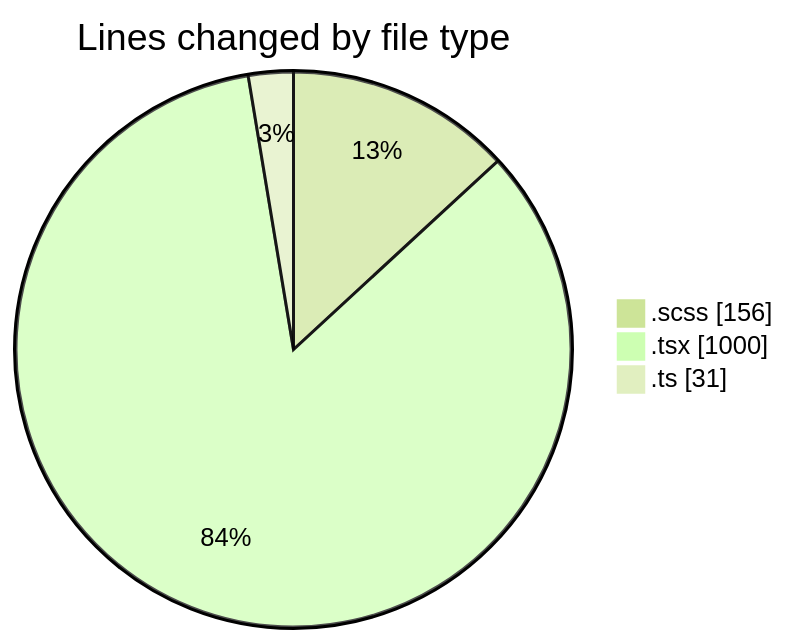
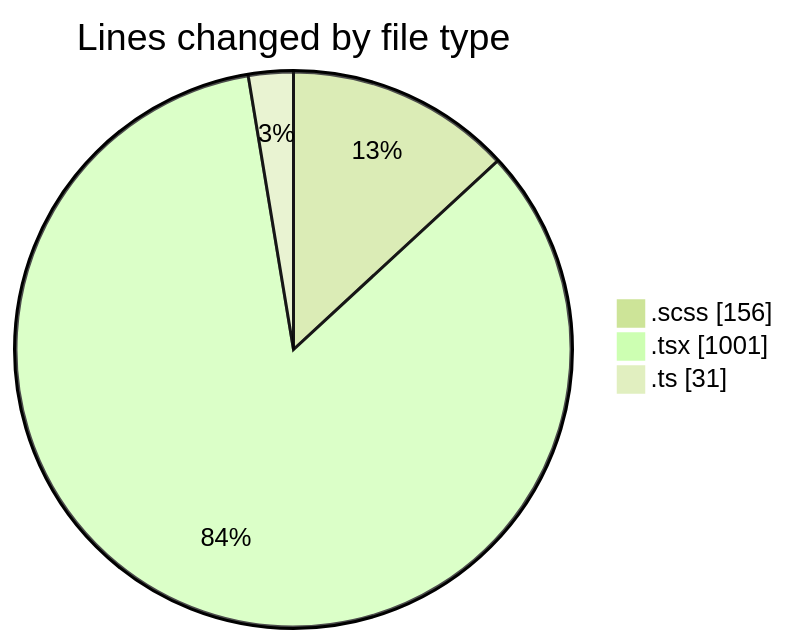
The first of 2 diagrams in 2025-02-10/cda/README.md (momahboobian/code-tracking), drawn with Mermaid (forest theme) before and after one commit. The commit also changed other lines of this file and 1 other file, not shown here.

````diff
--- a/2025-02-10/cda/README.md
+++ b/2025-02-10/cda/README.md
@@ -25,7 +25,7 @@
 ```mermaid
 pie showData
 title Lines changed by file type
 ".scss" : 156
-".tsx" : 1000
+".tsx" : 1001
 ".ts" : 31
 ```
````
